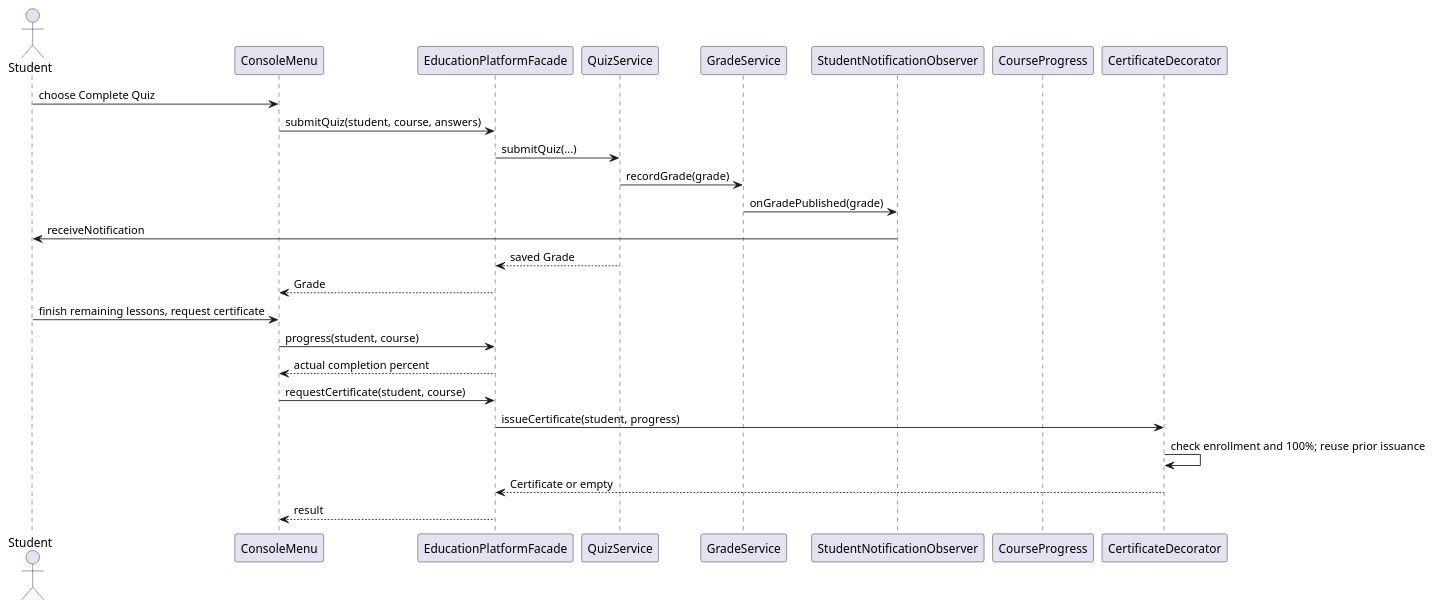
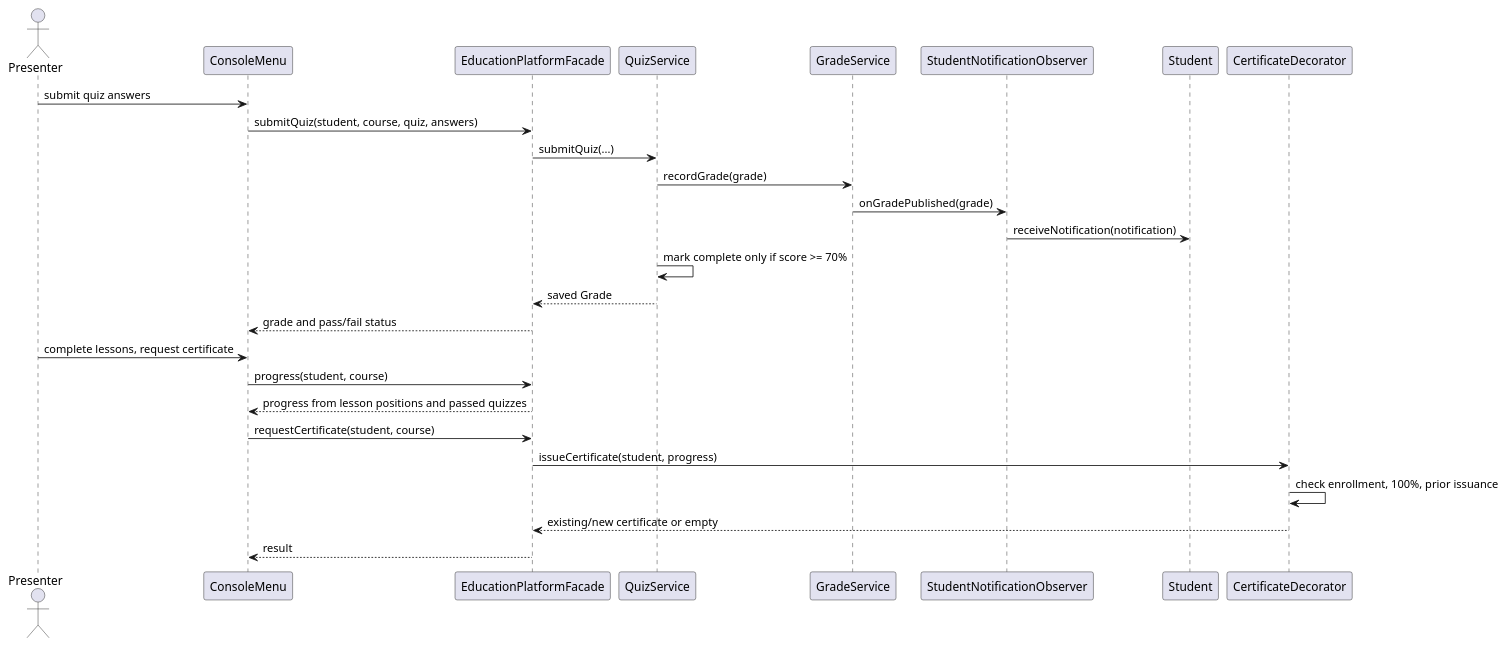
One commit to vuus1d/SDP_Final_Online-Education-Platform changed the diagram in docs/uml/key-scenario-sequence.puml. Above: the diagram before and after it, drawn with PlantUML. The commit also changed 44 other files, not shown here.

Commit message:
fix: harden quiz progress and observer consistency

```diff
--- a/docs/uml/key-scenario-sequence.puml
+++ b/docs/uml/key-scenario-sequence.puml
@@ -1,26 +1,27 @@
 @startuml
-actor Student
+actor Presenter
 participant ConsoleMenu
-participant EducationPlatformFacade
+participant EducationPlatformFacade as Facade
 participant QuizService
 participant GradeService
-participant StudentNotificationObserver
-participant CourseProgress
+participant StudentNotificationObserver as Observer
+participant Student
 participant CertificateDecorator
-Student -> ConsoleMenu : choose Complete Quiz
-ConsoleMenu -> EducationPlatformFacade : submitQuiz(student, course, answers)
-EducationPlatformFacade -> QuizService : submitQuiz(...)
+Presenter -> ConsoleMenu : submit quiz answers
+ConsoleMenu -> Facade : submitQuiz(student, course, quiz, answers)
+Facade -> QuizService : submitQuiz(...)
 QuizService -> GradeService : recordGrade(grade)
-GradeService -> StudentNotificationObserver : onGradePublished(grade)
-StudentNotificationObserver -> Student : receiveNotification
-QuizService --> EducationPlatformFacade : saved Grade
-EducationPlatformFacade --> ConsoleMenu : Grade
-Student -> ConsoleMenu : finish remaining lessons, request certificate
-ConsoleMenu -> EducationPlatformFacade : progress(student, course)
-EducationPlatformFacade --> ConsoleMenu : actual completion percent
-ConsoleMenu -> EducationPlatformFacade : requestCertificate(student, course)
-EducationPlatformFacade -> CertificateDecorator : issueCertificate(student, progress)
-CertificateDecorator -> CertificateDecorator : check enrollment and 100%; reuse prior issuance
-CertificateDecorator --> EducationPlatformFacade : Certificate or empty
-EducationPlatformFacade --> ConsoleMenu : result
+GradeService -> Observer : onGradePublished(grade)
+Observer -> Student : receiveNotification(notification)
+QuizService -> QuizService : mark complete only if score >= 70%
+QuizService --> Facade : saved Grade
+Facade --> ConsoleMenu : grade and pass/fail status
+Presenter -> ConsoleMenu : complete lessons, request certificate
+ConsoleMenu -> Facade : progress(student, course)
+Facade --> ConsoleMenu : progress from lesson positions and passed quizzes
+ConsoleMenu -> Facade : requestCertificate(student, course)
+Facade -> CertificateDecorator : issueCertificate(student, progress)
+CertificateDecorator -> CertificateDecorator : check enrollment, 100%, prior issuance
+CertificateDecorator --> Facade : existing/new certificate or empty
+Facade --> ConsoleMenu : result
 @enduml
```
